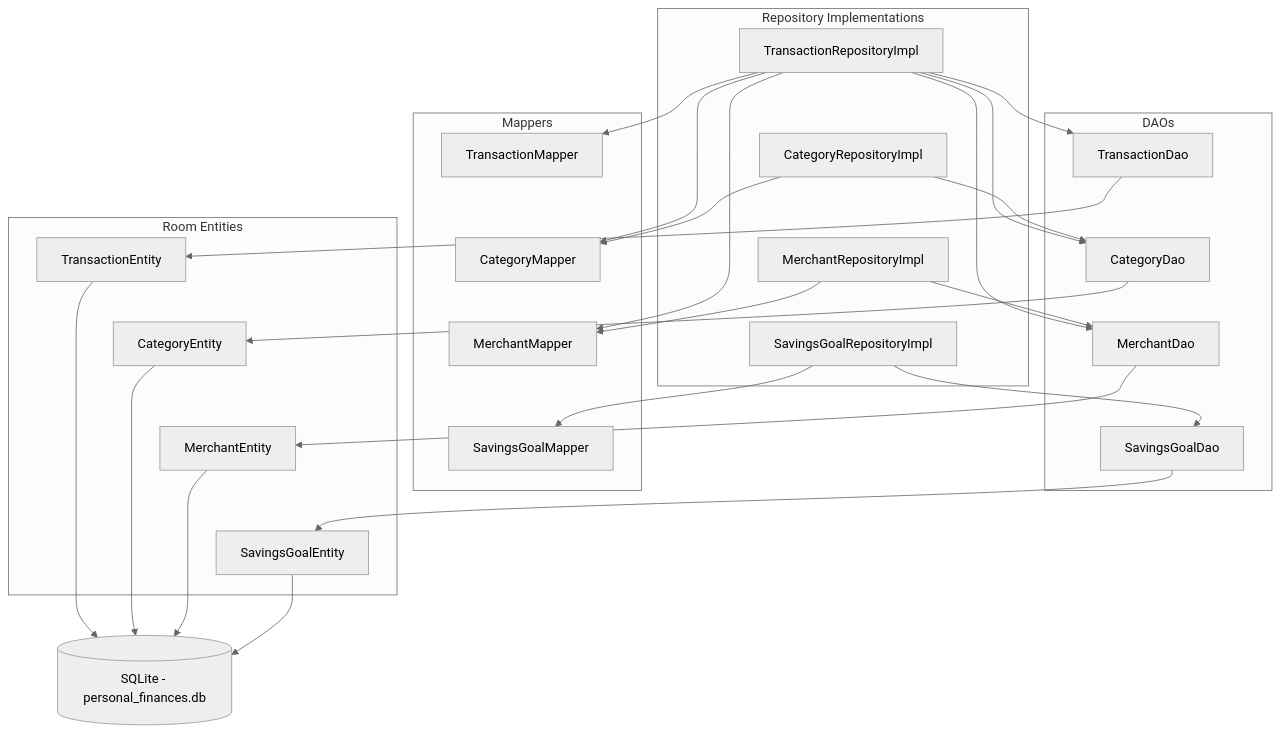
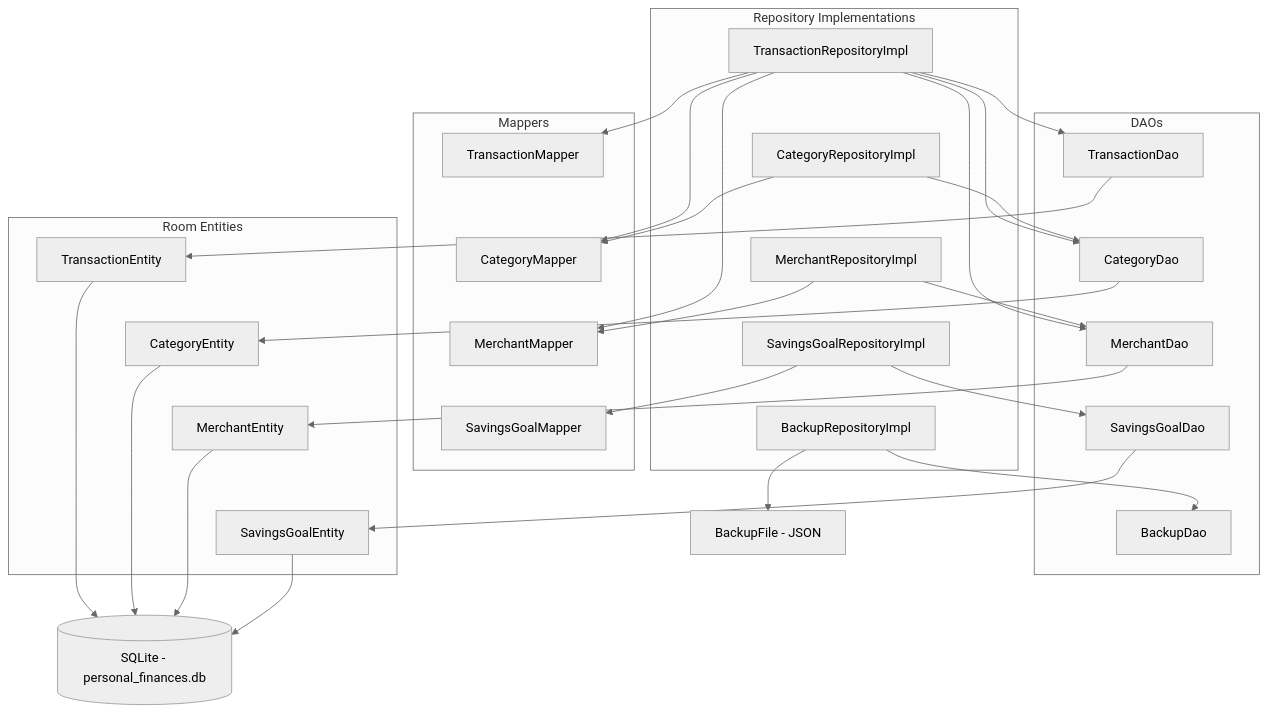
Before and after one commit to JFfarrell/financesApp: the diagram in docs/architecture/03_data.md, drawn with Mermaid (neutral theme). The commit also changed other lines of this file and 26 other files, not shown here.

````diff
--- a/docs/architecture/03_data.md
+++ b/docs/architecture/03_data.md
@@ -5,58 +5,62 @@
 ```mermaid
 graph TD
 
     subgraph Impls["Repository Implementations"]
         TRI["TransactionRepositoryImpl"]
         TRI ~~~ CRI["CategoryRepositoryImpl"]
         CRI ~~~ MRI["MerchantRepositoryImpl"]
         MRI ~~~ SGRI["SavingsGoalRepositoryImpl"]
+        SGRI ~~~ BRI["BackupRepositoryImpl"]
     end
 
     subgraph Mappers["Mappers"]
         TM["TransactionMapper"]
         TM ~~~ CM["CategoryMapper"]
         CM ~~~ MM["MerchantMapper"]
         MM ~~~ SGM["SavingsGoalMapper"]
     end
 
     subgraph DAOs["DAOs"]
         TD["TransactionDao"]
         TD ~~~ CD["CategoryDao"]
         CD ~~~ MD["MerchantDao"]
         MD ~~~ SGD["SavingsGoalDao"]
+        SGD ~~~ BD["BackupDao"]
     end
 
     subgraph Entities["Room Entities"]
         TE["TransactionEntity"]
         TE ~~~ CE["CategoryEntity"]
         CE ~~~ ME["MerchantEntity"]
         ME ~~~ SGE["SavingsGoalEntity"]
     end
 
     DB[("SQLite - personal_finances.db")]
 
     TRI --> TD
     TRI --> CD
     TRI --> MD
     TRI --> TM
     TRI --> CM
     TRI --> MM
     CRI --> CD
     CRI --> CM
     MRI --> MD
     MRI --> MM
+    BRI --> BD
+    BRI --> BF["BackupFile - JSON"]
     SGRI --> SGD
     SGRI --> SGM
 
     TD --> TE
     CD --> CE
     MD --> ME
     SGD --> SGE
 
     TE --> DB
     CE --> DB
     ME --> DB
     SGE --> DB
 
     TM ~~~ TE
 ```
````
